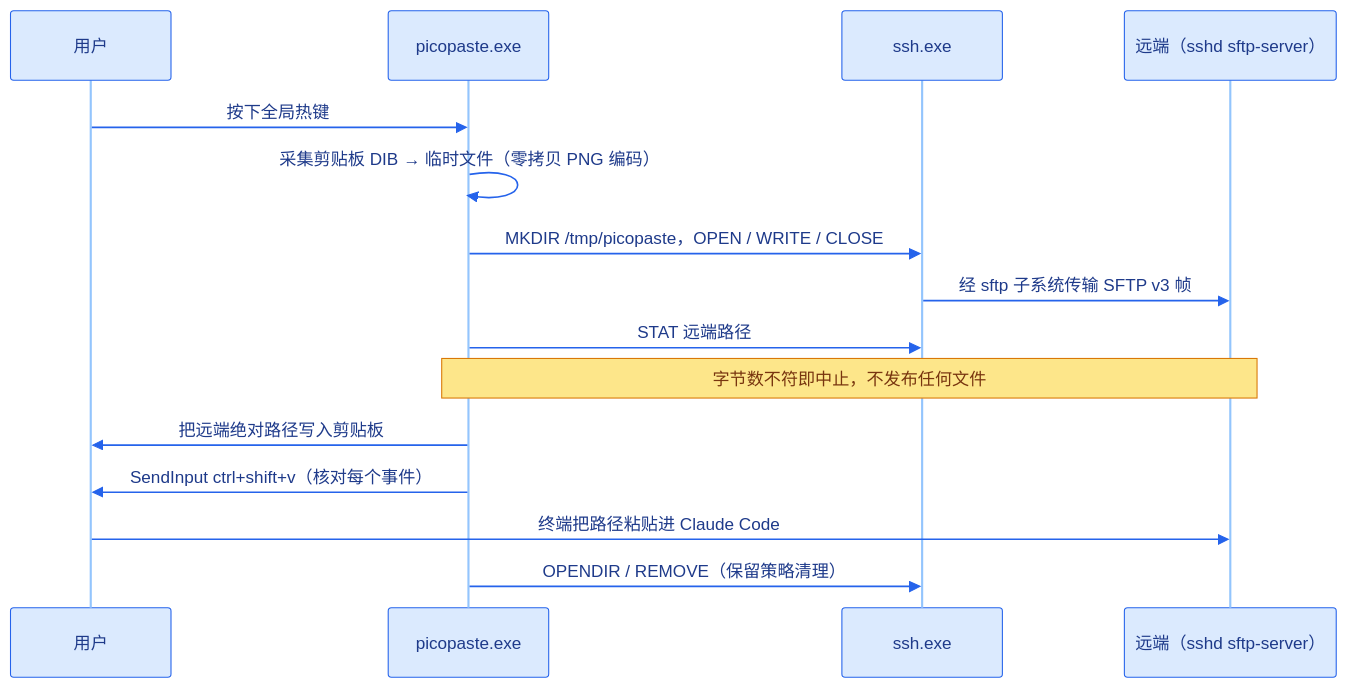
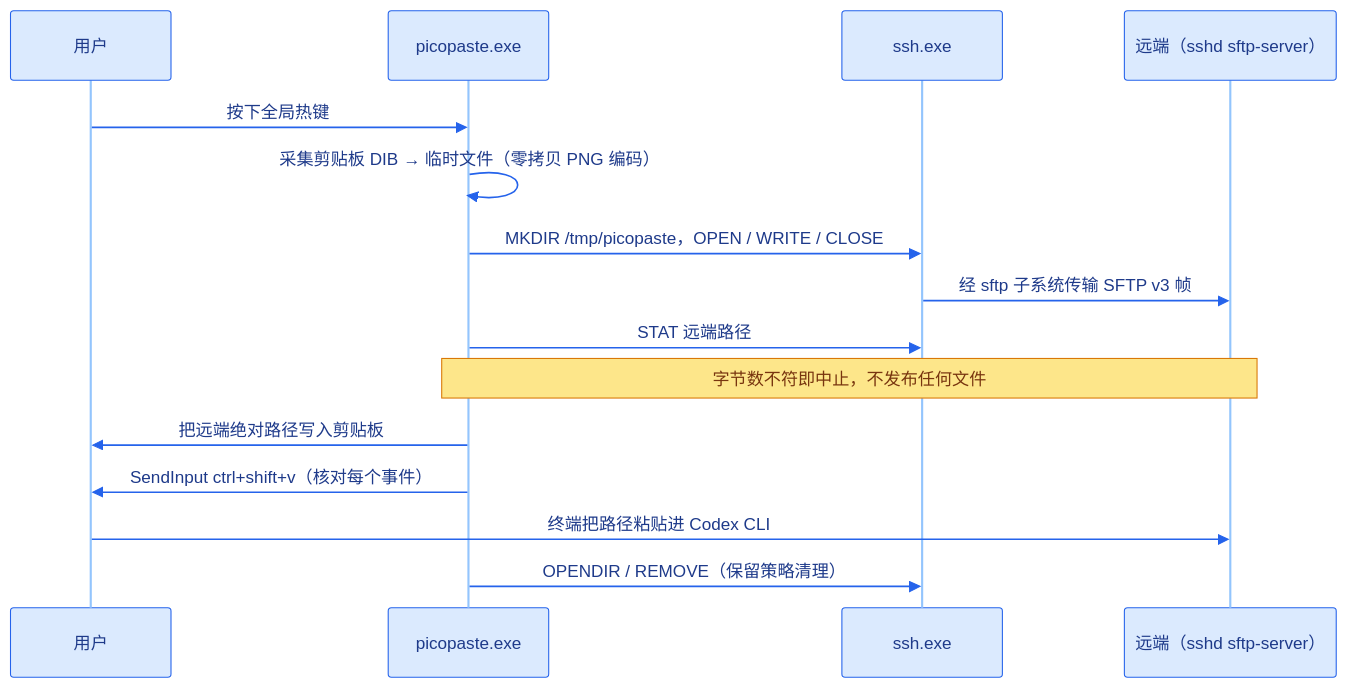
One commit to DeguiLiu/picopaste changed the second of 3 diagrams in README_zh.md. Above: the diagram before and after it, drawn with Mermaid. The commit also changed other lines of this file and 1 other file, not shown here.

Commit message:
story-docs(dm): make Codex CLI the star and Claude Code the compatible reader

````diff
--- a/README_zh.md
+++ b/README_zh.md
@@ -49,18 +50,18 @@
 ```mermaid
 %%{init: {"theme":"base","themeVariables":{"actorBkg":"#dbeafe","actorBorder":"#2563eb","actorTextColor":"#1e3a8a","actorLineColor":"#93c5fd","signalColor":"#2563eb","signalTextColor":"#1e3a8a","noteBkgColor":"#fde68a","noteBorderColor":"#d97706","noteTextColor":"#78350f"}}}%%
 sequenceDiagram
   participant U as 用户
   participant P as picopaste.exe
   participant S as ssh.exe
   participant R as 远端（sshd sftp-server）
   U->>P: 按下全局热键
   P->>P: 采集剪贴板 DIB → 临时文件（零拷贝 PNG 编码）
   P->>S: MKDIR /tmp/picopaste，OPEN / WRITE / CLOSE
   S->>R: 经 sftp 子系统传输 SFTP v3 帧
   P->>S: STAT 远端路径
   Note over P,R: 字节数不符即中止，不发布任何文件
   P->>U: 把远端绝对路径写入剪贴板
   P->>U: SendInput ctrl+shift+v（核对每个事件）
-  U->>R: 终端把路径粘贴进 Claude Code
+  U->>R: 终端把路径粘贴进 Codex CLI
   P->>S: OPENDIR / REMOVE（保留策略清理）
 ```
````
